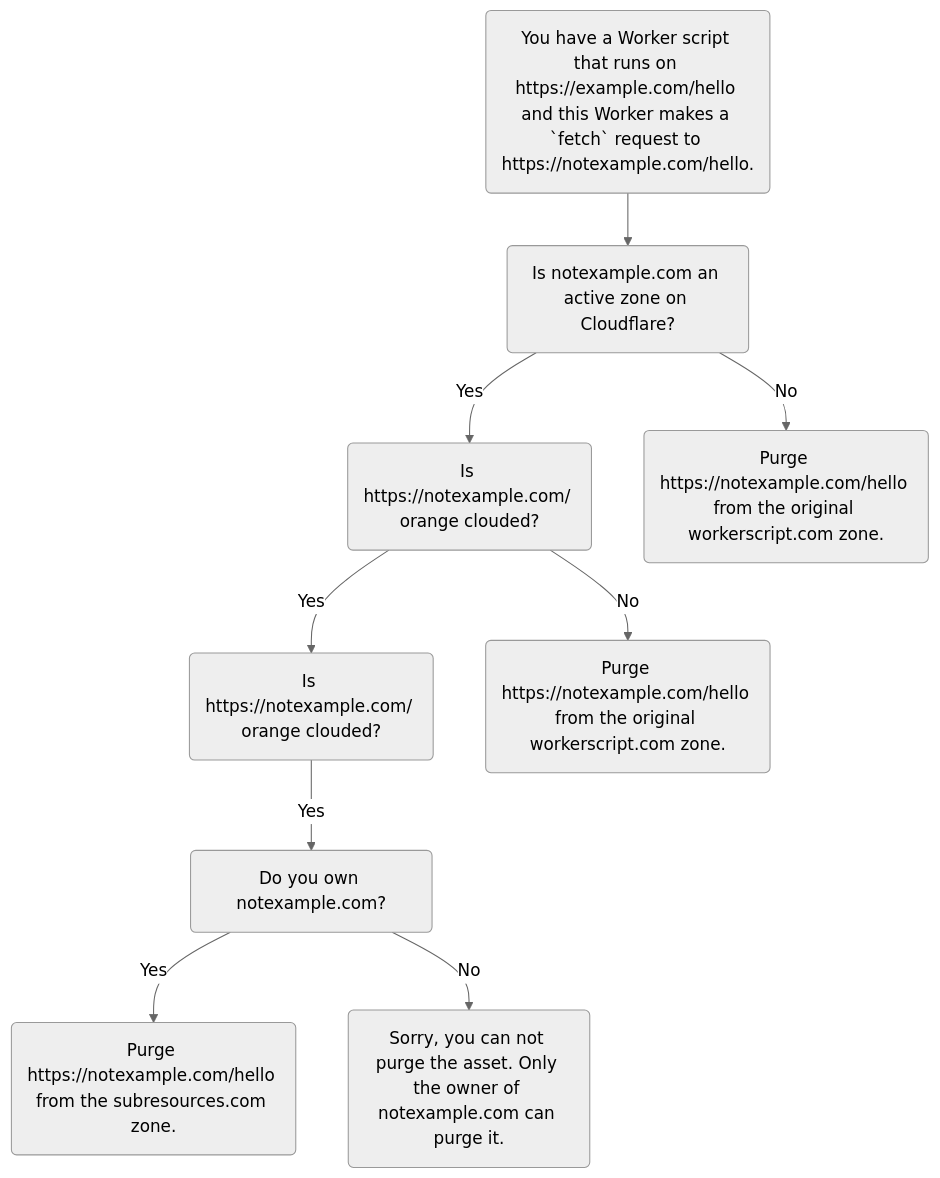
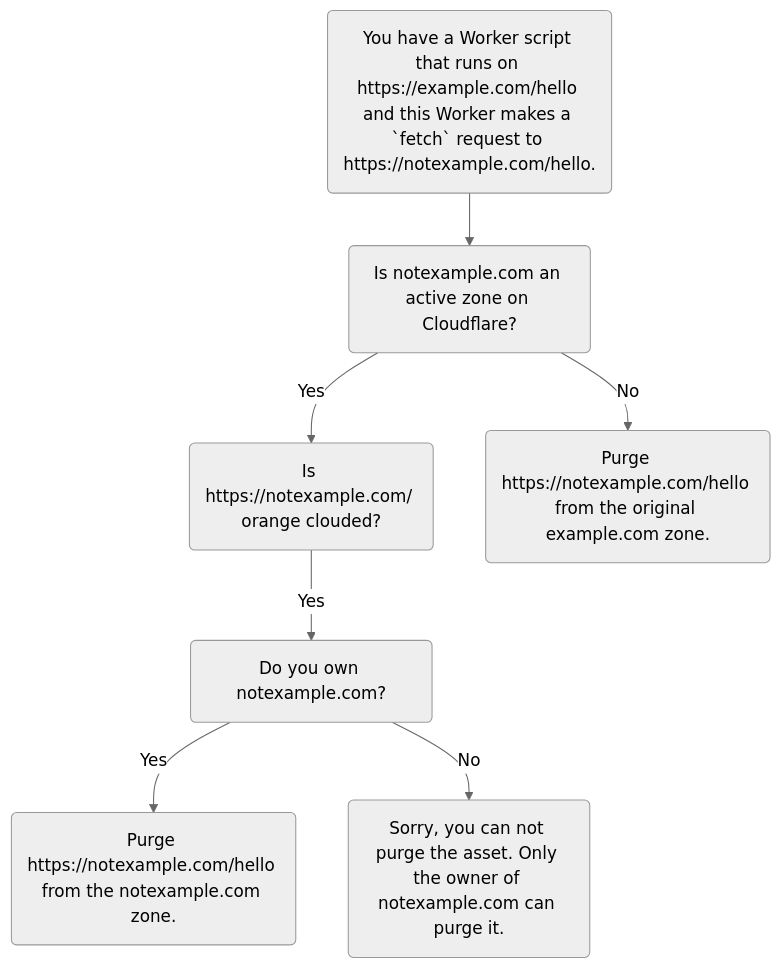
The diagram in content/workers/learning/how-the-cache-works.md (cloudflare/cloudflare-docs), drawn with Mermaid (neutral theme) before and after one commit. The commit also changed other lines of this file, not shown here.

Commit message:
Corrected mermaid chart after review.

```diff
--- a/content/workers/learning/how-the-cache-works.md
+++ b/content/workers/learning/how-the-cache-works.md
@@ -45,13 +45,11 @@
 <div class="mermaid">
 flowchart TD
 accTitle: Using Purge by URL with workers
 accDescr: This diagram is meant to help choose how to purge a file.
 A("You have a Worker script that runs on https://example.com/hello and this Worker makes a `fetch` request to https://notexample.com/hello.") --> B(Is notexample.com an active zone on Cloudflare?)
     B -- Yes --> C(Is https://notexample.com/ orange clouded?)
-    B -- No  --> D(Purge https://notexample.com/hello from the original workerscript.com zone.)
-    C -- Yes --> E(Is https://notexample.com/ orange clouded?)
-    C -- No --> F(Purge https://notexample.com/hello from the original workerscript.com zone.)
-    E -- Yes --> G(Do you own notexample.com?)
-    G -- Yes --> H(Purge https://notexample.com/hello from the subresources.com zone.)
-    G -- No --> I(Sorry, you can not purge the asset. Only the owner of notexample.com can purge it.)
+    B -- No  --> D(Purge https://notexample.com/hello from the original example.com zone.)
+    C -- Yes --> E(Do you own notexample.com?)
+    E -- Yes --> F(Purge https://notexample.com/hello from the notexample.com zone.)
+    E -- No --> G(Sorry, you can not purge the asset. Only the owner of notexample.com can purge it.)
 </div>
```
